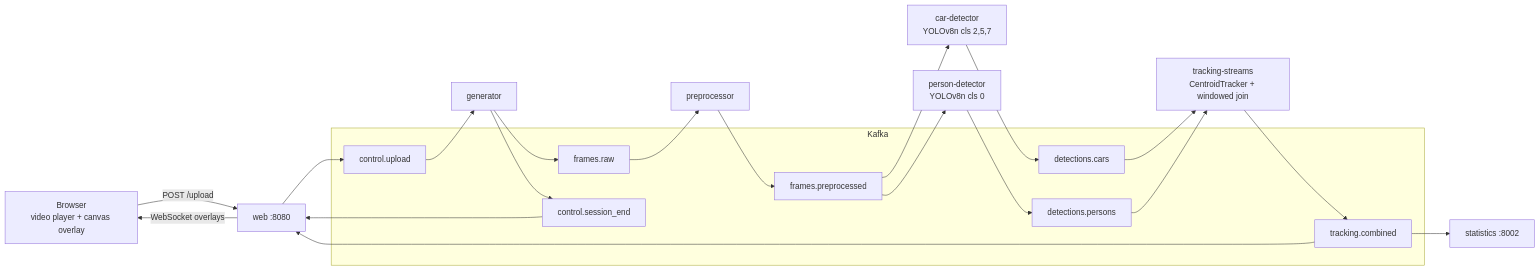
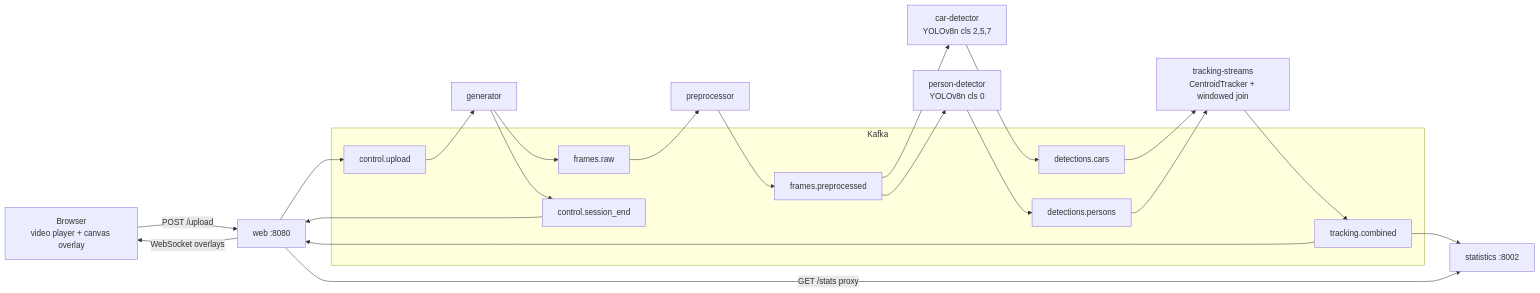
The diagram in capstone/README.md (VKravchenk0/ucu-de-kafka-streaming-hw), drawn with Mermaid before and after one commit. The commit also changed other lines of this file, not shown here.

````diff
--- a/capstone/README.md
+++ b/capstone/README.md
@@ -41,33 +55,34 @@
 ```mermaid
 flowchart LR
     Browser["Browser<br/>video player + canvas overlay"]
 
     WEB["web :8080"]
     GEN[generator]
     PRE[preprocessor]
     CAR["car-detector<br/>YOLOv8n cls 2,5,7"]
     PER["person-detector<br/>YOLOv8n cls 0"]
     TS["tracking-streams<br/>CentroidTracker + windowed join"]
     STAT["statistics :8002"]
 
     subgraph Kafka
         CU[control.upload]
         FR[frames.raw]
         FP[frames.preprocessed]
         DC[detections.cars]
         DP[detections.persons]
         TC[tracking.combined]
         SE[control.session_end]
     end
 
     Browser -->|POST /upload| WEB --> CU --> GEN
     GEN --> FR --> PRE --> FP
     FP --> CAR --> DC
     FP --> PER --> DP
     GEN --> SE --> WEB
     DC --> TS
     DP --> TS
     TS --> TC --> WEB
     TC --> STAT
+    WEB -->|GET /stats proxy| STAT
     WEB -->|WebSocket overlays| Browser
 ```
````
